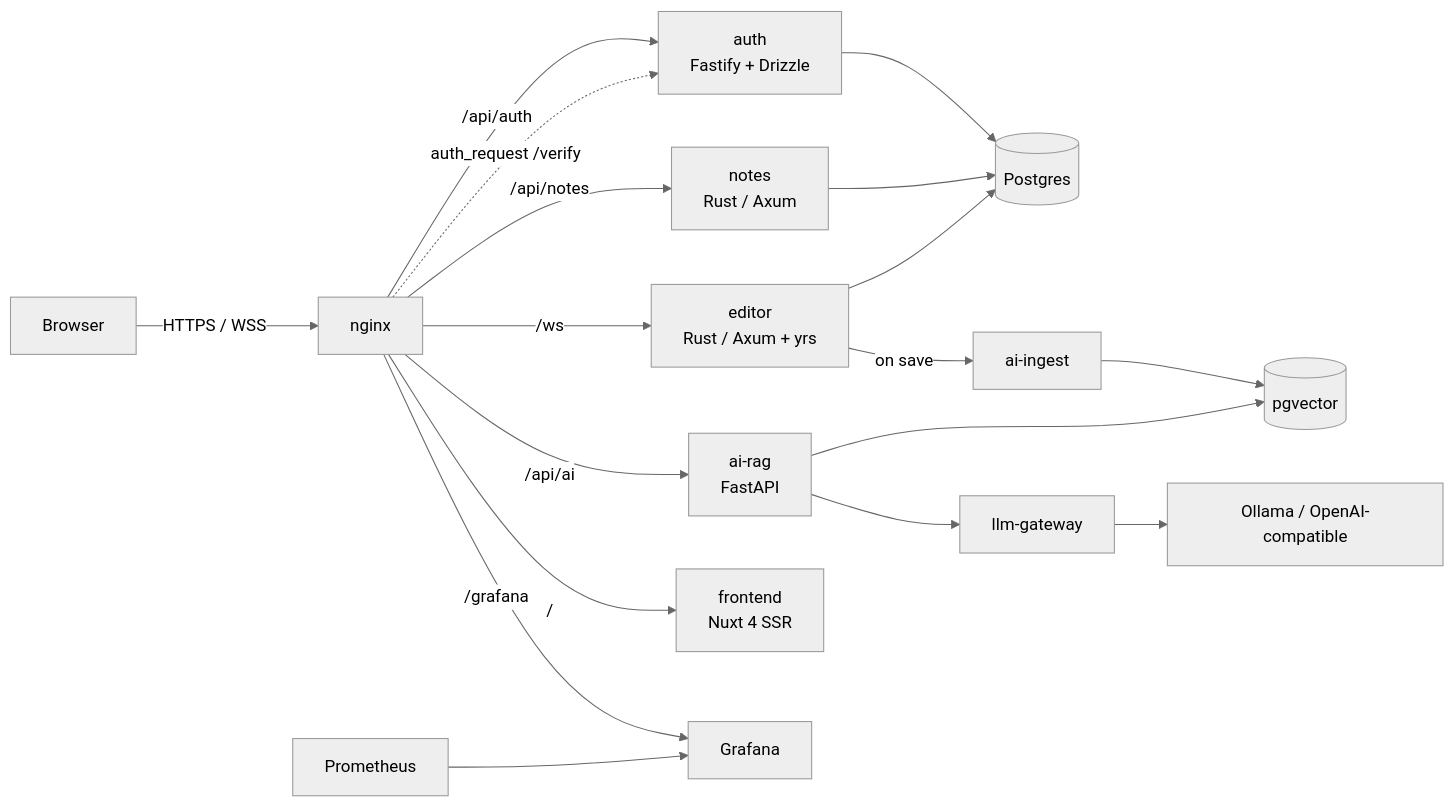
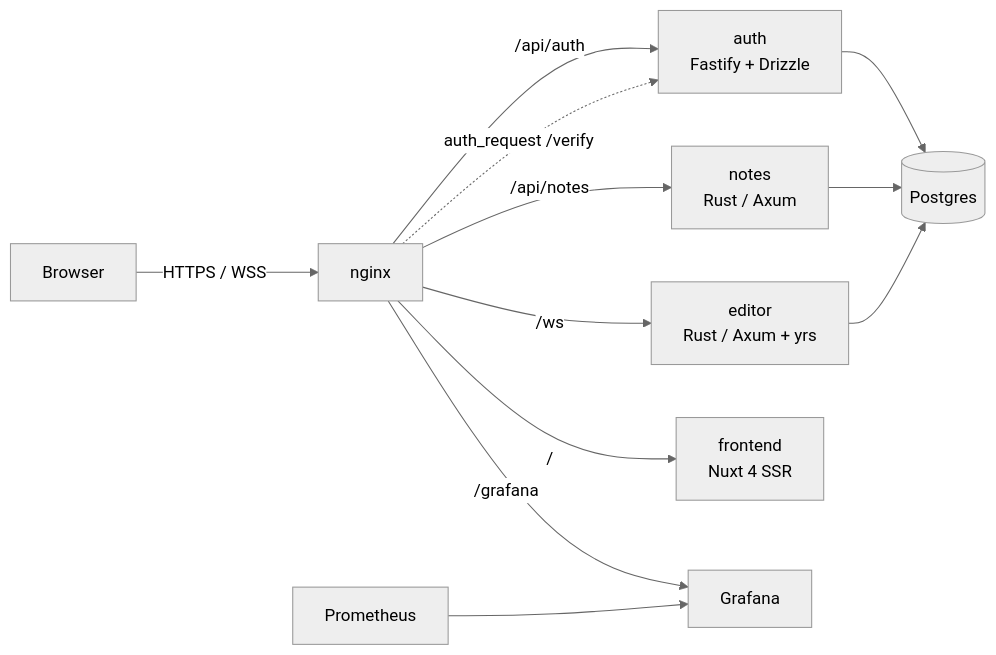
The diagram in README.md (Sysex89/tandem), drawn with Mermaid (neutral theme) before and after one commit. The commit also changed other lines of this file and 44 other files, not shown here.

````diff
--- a/README.md
+++ b/README.md
@@ -19,19 +18,14 @@
 ```mermaid
 flowchart LR
     B[Browser] -->|HTTPS / WSS| N[nginx]
     N -->|/api/auth| A[auth<br/>Fastify + Drizzle]
     N -.->|auth_request /verify| A
-    N -->|/api/ai| R[ai-rag<br/>FastAPI]
     N -->|/api/notes| NS[notes<br/>Rust / Axum]
     N -->|/ws| E[editor<br/>Rust / Axum + yrs]
     N -->|/| F[frontend<br/>Nuxt 4 SSR]
     N -->|/grafana| G[Grafana]
     A --> PG[(Postgres)]
     NS --> PG
     E --> PG
-    E -->|on save| I[ai-ingest]
-    I --> V[(pgvector)]
-    R --> V
-    R --> L[llm-gateway] --> O[Ollama / OpenAI-compatible]
     P[Prometheus] --> G
 ```
````
